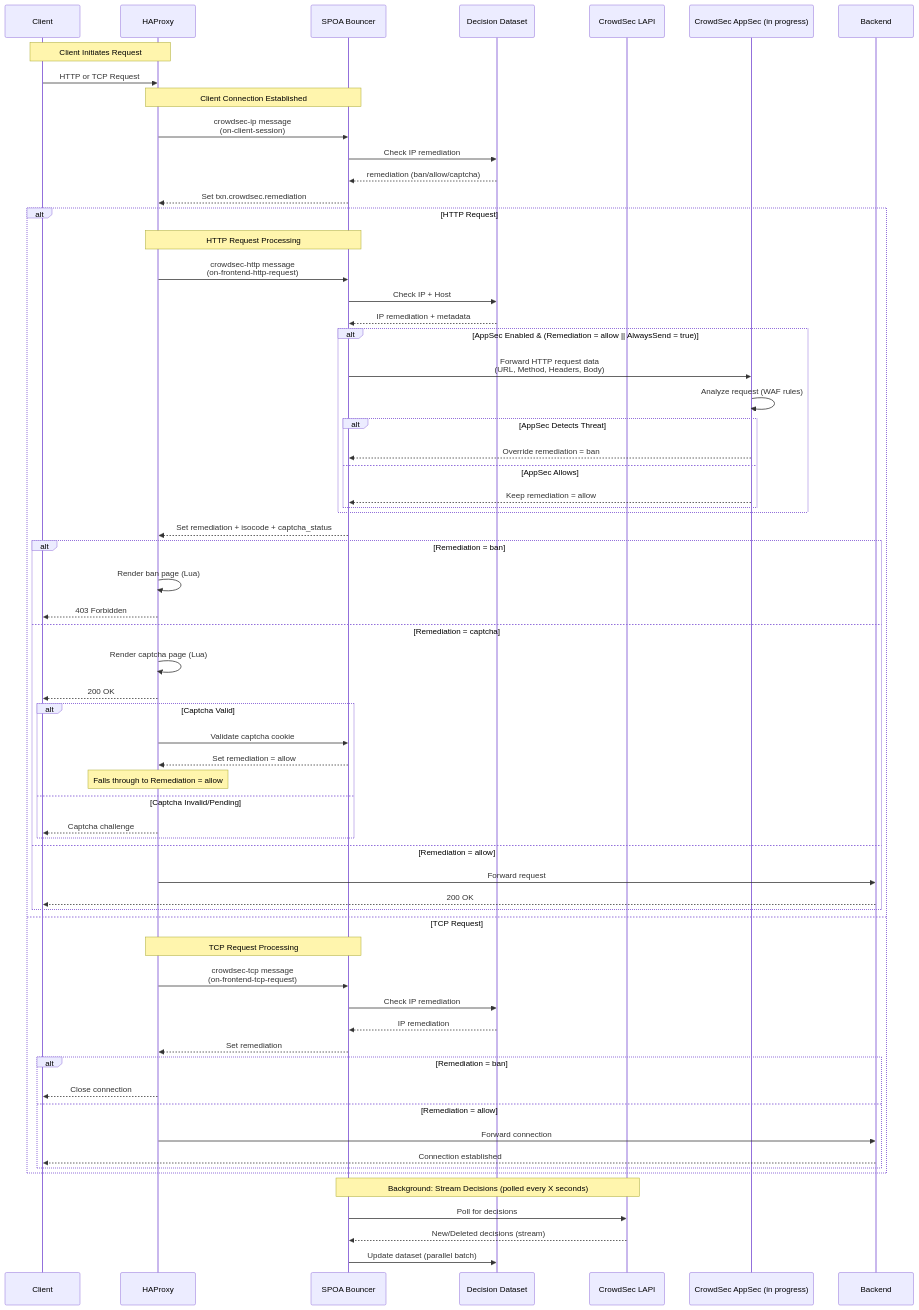
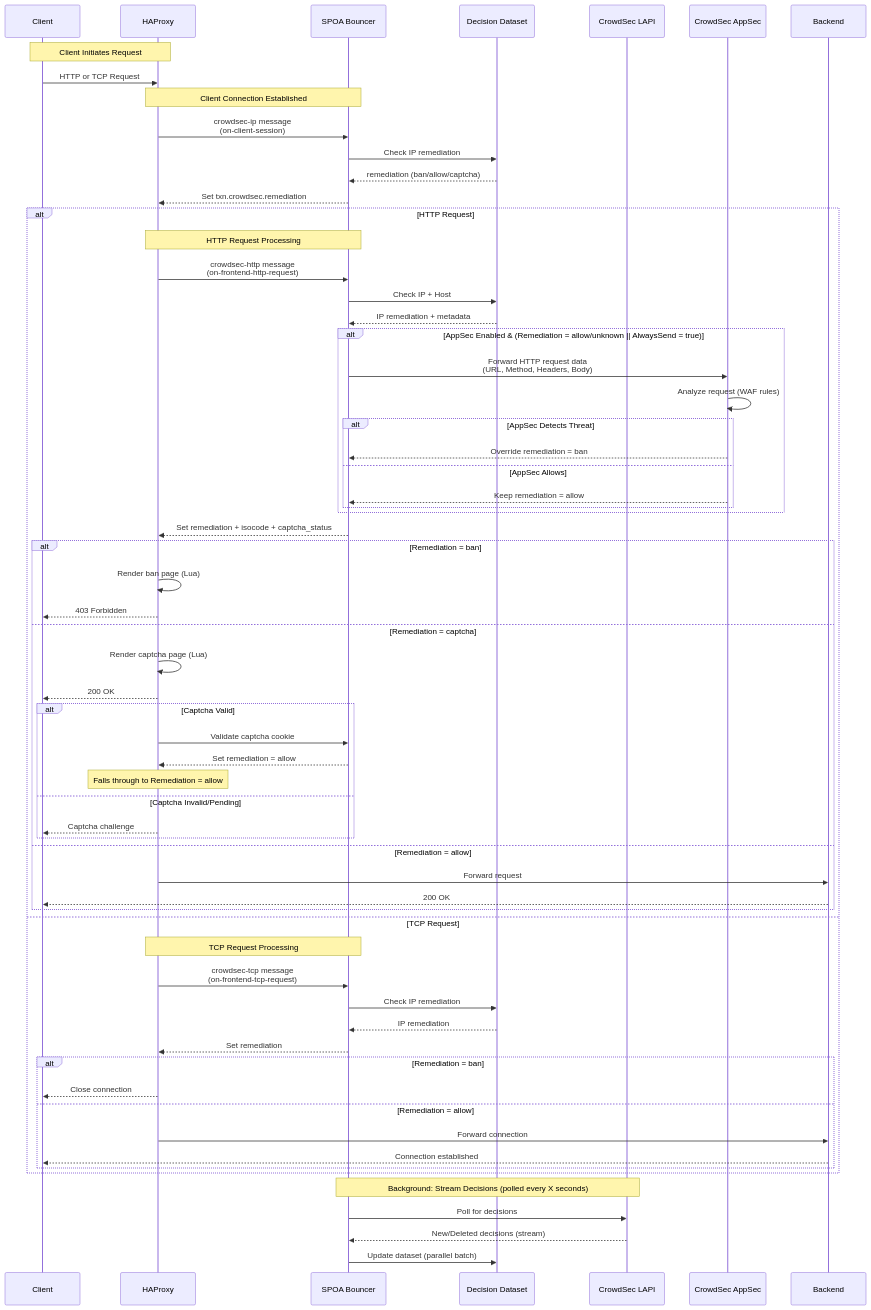
One commit to crowdsecurity/cs-haproxy-spoa-bouncer changed the sixth of 6 diagrams in README.md. Above: the diagram before and after it, drawn with Mermaid. The commit also changed other lines of this file and 2 other files, not shown here.

Commit message:
docs: simplify README flow and link detailed docs

````diff
--- a/README.md
+++ b/README.md
@@ -33,74 +142,74 @@
 ```mermaid
 sequenceDiagram
     participant Client
     participant HAProxy
     participant SPOA as SPOA Bouncer
     participant Dataset as Decision Dataset
     participant CrowdSec as CrowdSec LAPI
-    participant AppSec as CrowdSec AppSec (in progress)
+    participant AppSec as CrowdSec AppSec
     participant Backend
 
     Note over Client,HAProxy: Client Initiates Request
     Client->>HAProxy: HTTP or TCP Request
     
     Note over HAProxy,SPOA: Client Connection Established
     HAProxy->>SPOA: crowdsec-ip message<br/>(on-client-session)
     SPOA->>Dataset: Check IP remediation
     Dataset-->>SPOA: remediation (ban/allow/captcha)
     SPOA-->>HAProxy: Set txn.crowdsec.remediation
     
     alt HTTP Request
         Note over HAProxy,SPOA: HTTP Request Processing
         HAProxy->>SPOA: crowdsec-http message<br/>(on-frontend-http-request)
         SPOA->>Dataset: Check IP + Host
         Dataset-->>SPOA: IP remediation + metadata
         
-        alt AppSec Enabled & (Remediation = allow || AlwaysSend = true)
+        alt AppSec Enabled & (Remediation = allow/unknown || AlwaysSend = true)
             SPOA->>AppSec: Forward HTTP request data<br/>(URL, Method, Headers, Body)
             AppSec->>AppSec: Analyze request (WAF rules)
             alt AppSec Detects Threat
                 AppSec-->>SPOA: Override remediation = ban
             else AppSec Allows
                 AppSec-->>SPOA: Keep remediation = allow
             end
         end
         
         SPOA-->>HAProxy: Set remediation + isocode + captcha_status
         
         alt Remediation = ban
             HAProxy->>HAProxy: Render ban page (Lua)
             HAProxy-->>Client: 403 Forbidden
         else Remediation = captcha
             HAProxy->>HAProxy: Render captcha page (Lua)
             HAProxy-->>Client: 200 OK 
             alt Captcha Valid
                 HAProxy->>SPOA: Validate captcha cookie
                 SPOA-->>HAProxy: Set remediation = allow
                 Note over HAProxy: Falls through to Remediation = allow
             else Captcha Invalid/Pending
                 HAProxy-->>Client: Captcha challenge
             end
         else Remediation = allow
             HAProxy->>Backend: Forward request
             Backend-->>Client: 200 OK
         end
     else TCP Request
         Note over HAProxy,SPOA: TCP Request Processing
         HAProxy->>SPOA: crowdsec-tcp message<br/>(on-frontend-tcp-request)
         SPOA->>Dataset: Check IP remediation
         Dataset-->>SPOA: IP remediation
         SPOA-->>HAProxy: Set remediation
         
         alt Remediation = ban
             HAProxy-->>Client: Close connection
         else Remediation = allow
             HAProxy->>Backend: Forward connection
             Backend-->>Client: Connection established
         end
     end
     
     Note over SPOA,CrowdSec: Background: Stream Decisions (polled every X seconds)
     SPOA->>CrowdSec: Poll for decisions
     CrowdSec-->>SPOA: New/Deleted decisions (stream)
     SPOA->>Dataset: Update dataset (parallel batch)
 ```
````
